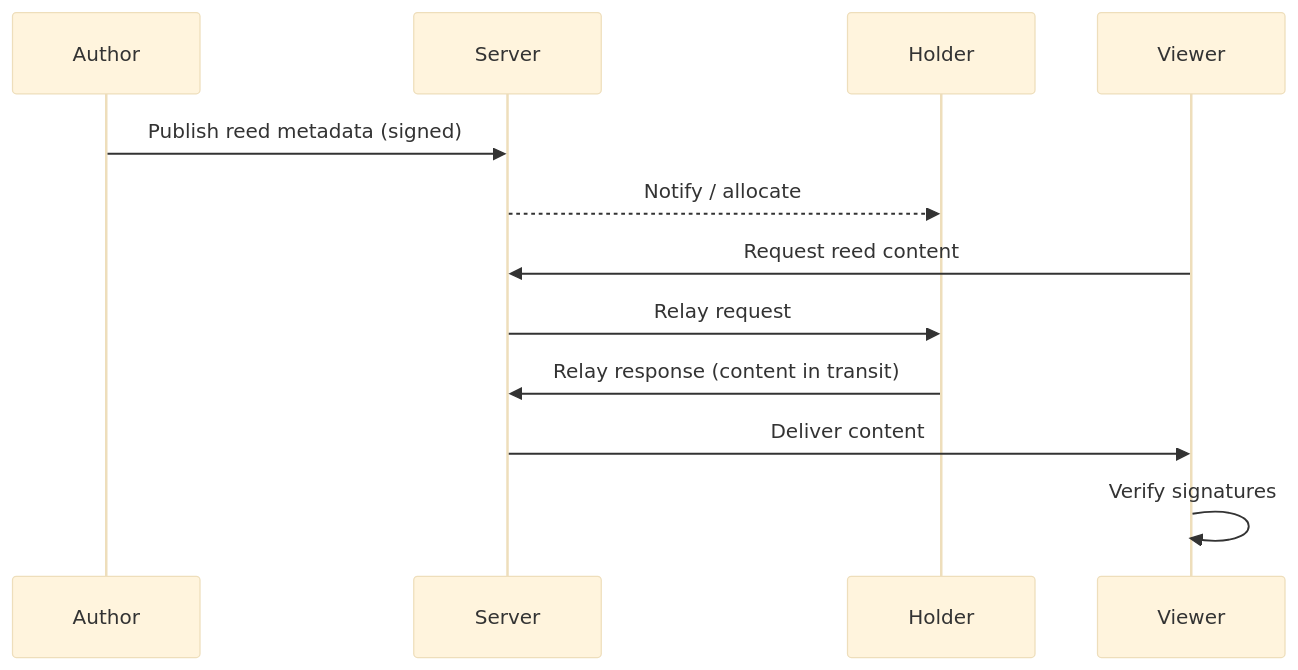
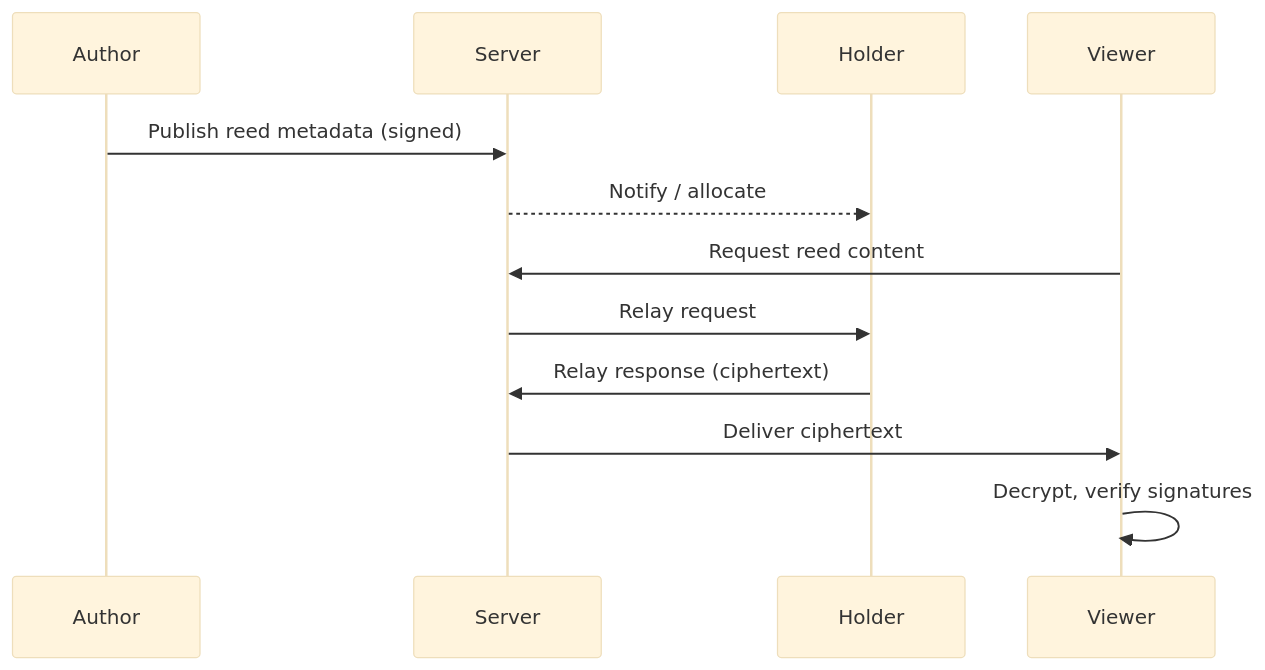
The second of 2 diagrams in docs/architecture.md (var0xyz/syrinx), drawn with Mermaid (base theme) before and after one commit. The commit also changed other lines of this file and 18 other files, not shown here.

````diff
--- a/docs/architecture.md
+++ b/docs/architecture.md
@@ -40,14 +41,14 @@
 ```mermaid
 sequenceDiagram
   participant Author
   participant Server
   participant Holder
   participant Viewer
   Author->>Server: Publish reed metadata (signed)
   Server-->>Holder: Notify / allocate
   Viewer->>Server: Request reed content
   Server->>Holder: Relay request
-  Holder->>Server: Relay response (content in transit)
-  Server->>Viewer: Deliver content
-  Viewer->>Viewer: Verify signatures
+  Holder->>Server: Relay response (ciphertext)
+  Server->>Viewer: Deliver ciphertext
+  Viewer->>Viewer: Decrypt, verify signatures
 ```
````
